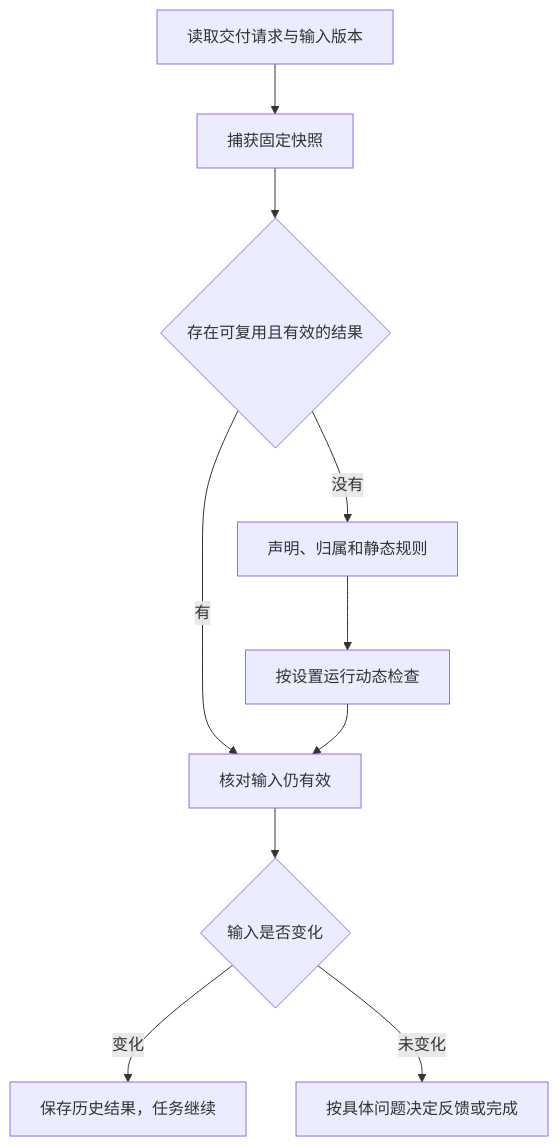
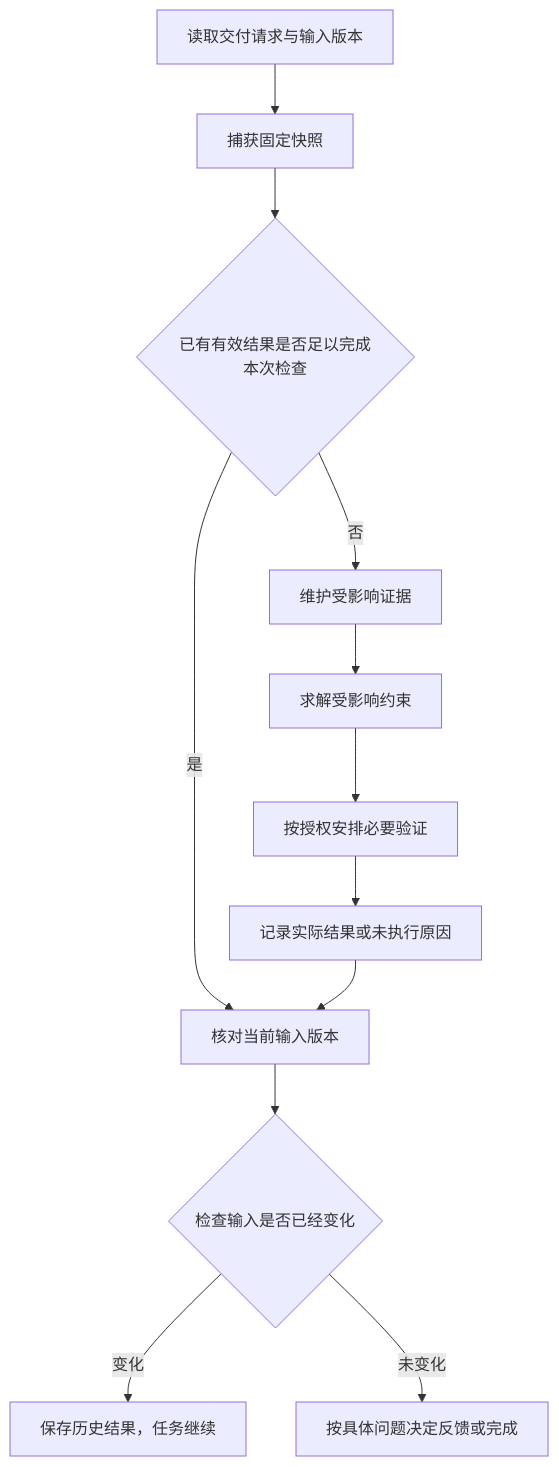
One commit to Innocent-children/TaskBelay changed the third of 3 diagrams in docs/product-architecture.md. Above: the diagram before and after it, drawn with Mermaid. The commit also changed other lines of this file and 27 other files, not shown here.

````diff
--- a/docs/product-architecture.md
+++ b/docs/product-architecture.md
@@ -247,12 +260,14 @@
 ```mermaid
 flowchart TB
     A[读取交付请求与输入版本] --> B[捕获固定快照]
-    B --> C{存在可复用且有效的结果}
-    C -->|有| F[核对输入仍有效]
-    C -->|没有| D[声明、归属和静态规则]
-    D --> E[按设置运行动态检查]
-    E --> F
-    F --> G{输入是否变化}
+    B --> C{已有有效结果是否足以完成本次检查}
+    C -->|是| F[核对当前输入版本]
+    C -->|否| D[维护受影响证据]
+    D --> D1[求解受影响约束]
+    D1 --> E[按授权安排必要验证]
+    E --> E1[记录实际结果或未执行原因]
+    E1 --> F
+    F --> G{检查输入是否已经变化}
     G -->|变化| H[保存历史结果，任务继续]
     G -->|未变化| I[按具体问题决定反馈或完成]
 ```
````
